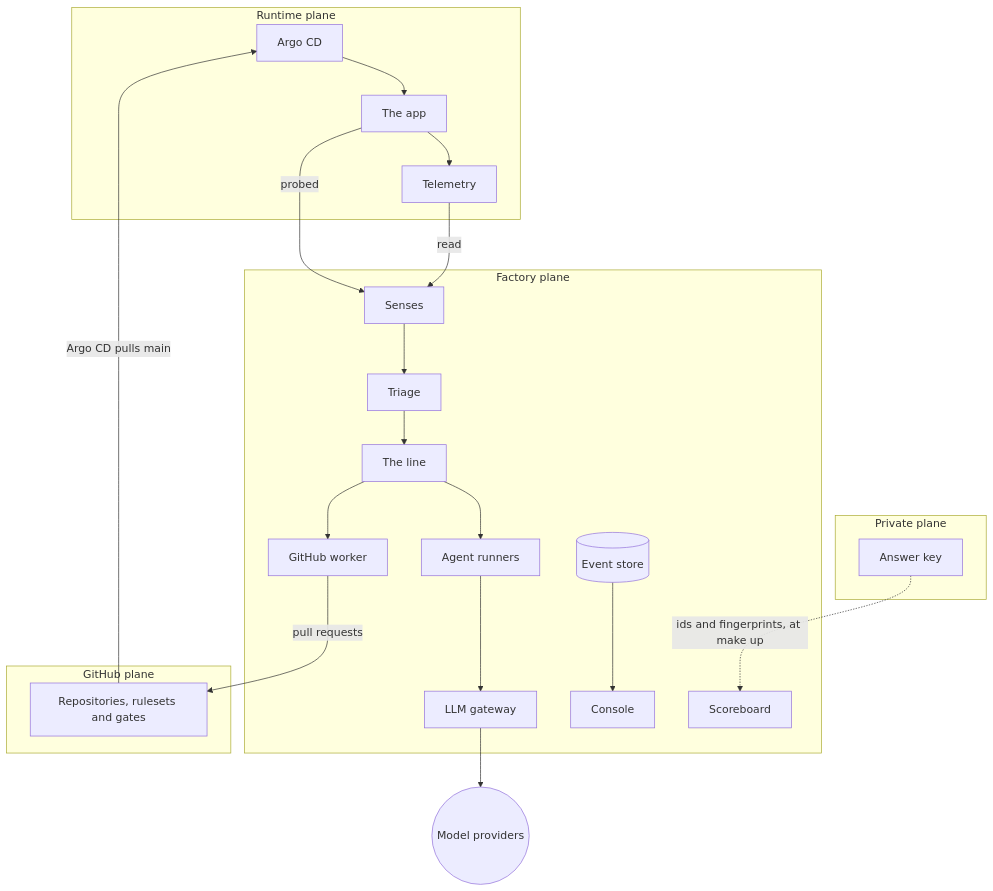
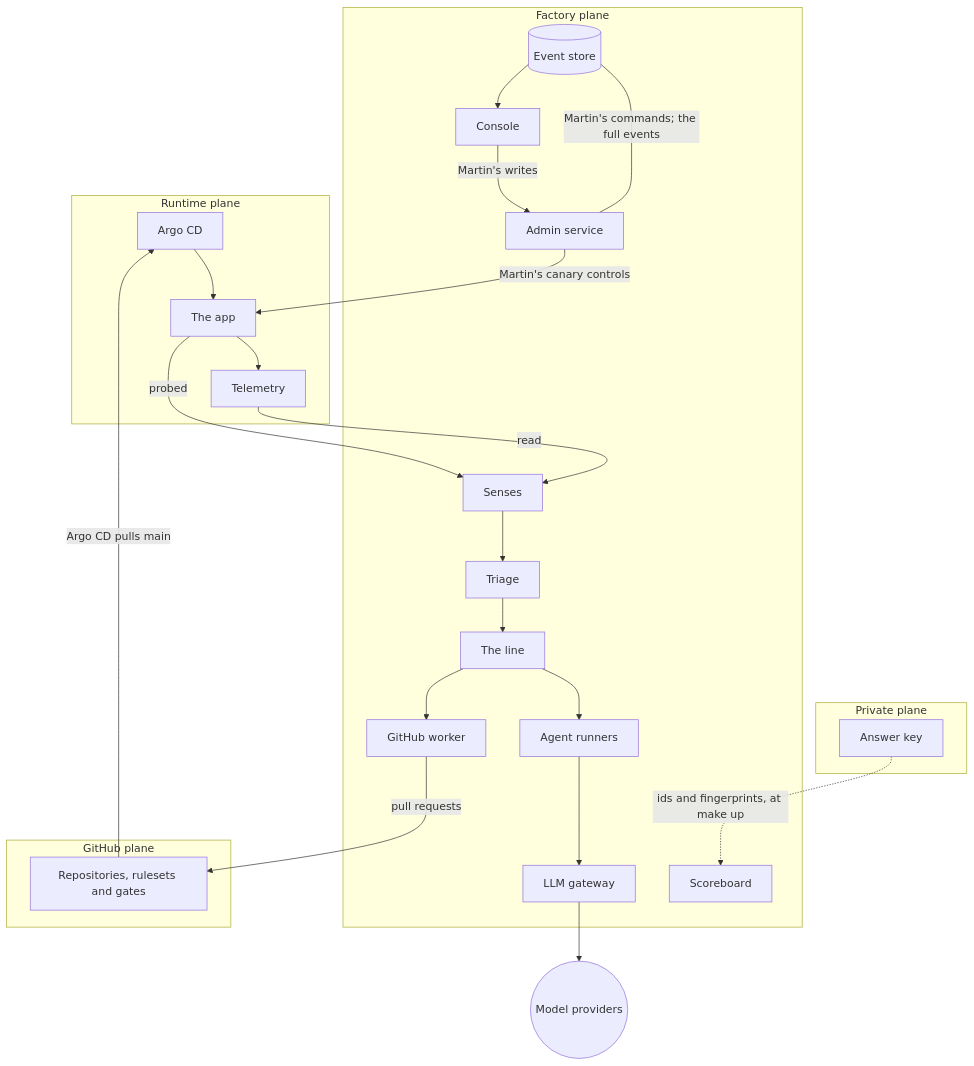
Before and after one commit to mrogan/cv-software-factory: the diagram in docs/COMPONENTS/README.md, drawn with Mermaid. The commit also changed other lines of this file and 14 other files, not shown here.

````diff
--- a/docs/COMPONENTS/README.md
+++ b/docs/COMPONENTS/README.md
@@ -16,25 +16,28 @@
 ```mermaid
 flowchart TB
   subgraph runtime [Runtime plane]
     argo[Argo CD] --> app[The app] --> telemetry[Telemetry]
   end
   subgraph factory [Factory plane]
     senses[Senses] --> triage[Triage] --> line[The line]
     line --> runners[Agent runners] --> gateway[LLM gateway]
     line --> worker[GitHub worker]
     store[(Event store)] --> console[Console]
+    console -- "Martin's writes" --> admin[Admin service]
+    admin -- "Martin's commands; the full events" --- store
     scoreboard[Scoreboard]
   end
   subgraph github [GitHub plane]
     repos[Repositories, rulesets and gates]
   end
   subgraph private [Private plane]
     key[Answer key]
   end
   app -- probed --> senses
+  admin -- "Martin's canary controls" --> app
   telemetry -- read --> senses
   worker -- pull requests --> repos
   repos -- "Argo CD pulls main" --> argo
   gateway --> providers((Model providers))
   key -. "ids and fingerprints, at make up" .-> scoreboard
 ```
````
